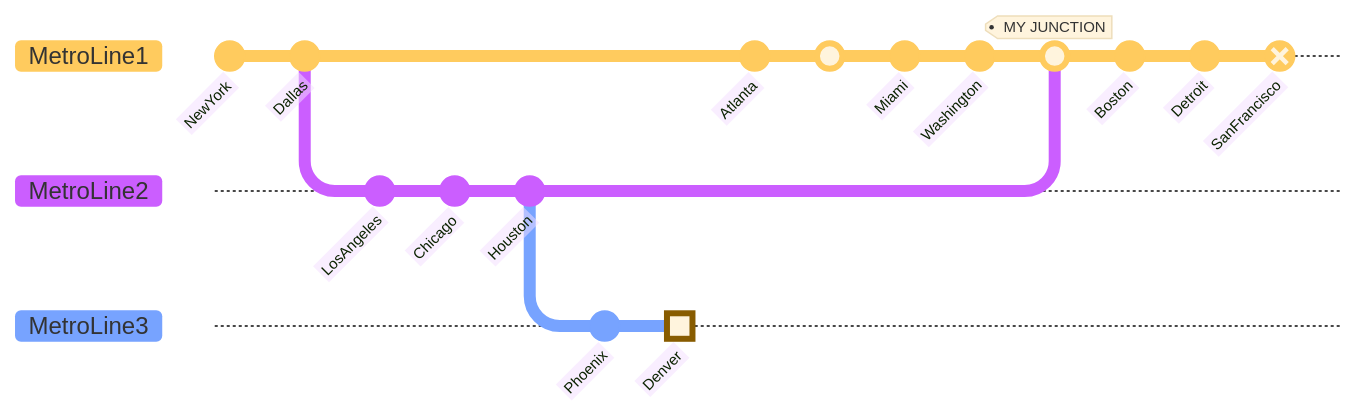
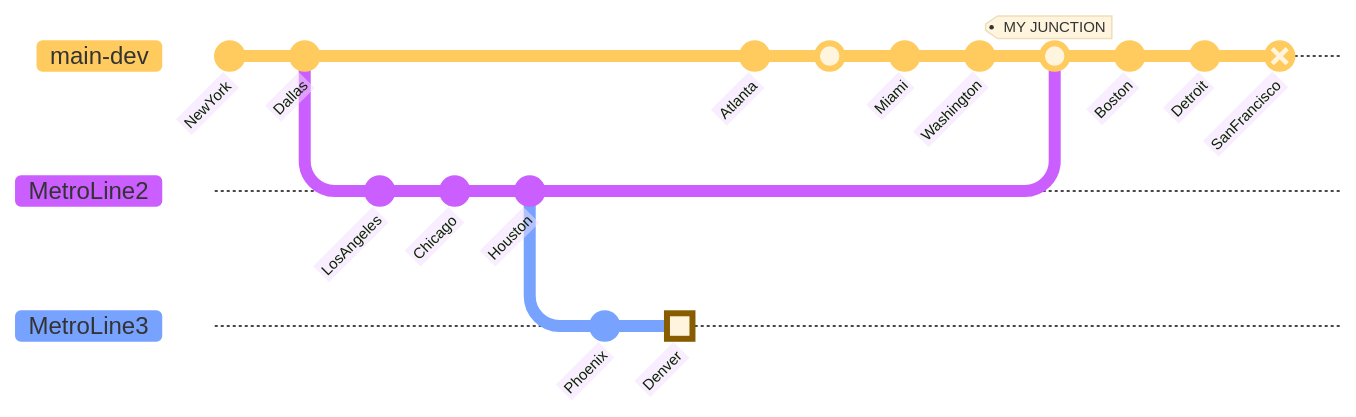
The second of 2 diagrams in mermaid04.md (petitess/markdown), drawn with Mermaid before and after one commit.

````diff
--- a/mermaid04.md
+++ b/mermaid04.md
@@ -12,23 +12,23 @@
 ```mermaid
-%%{init: { 'logLevel': 'debug', 'theme': 'base', 'gitGraph': {'showBranches': true, 'showCommitLabel':true,'mainBranchName': 'MetroLine1'}} }%%
+%%{init: { 'logLevel': 'debug', 'theme': 'base', 'gitGraph': {'showBranches': true, 'showCommitLabel':true,'mainBranchName': 'main-dev'}} }%%
       gitGraph
         commit id:"NewYork"
         commit id:"Dallas"
         branch MetroLine2
         commit id:"LosAngeles"
         commit id:"Chicago"
         commit id:"Houston"
         branch MetroLine3
         commit id:"Phoenix"
         commit type: HIGHLIGHT id:"Denver"
         commit id:"Boston"
-        checkout MetroLine1
+        checkout main-dev
         commit id:"Atlanta"
         merge MetroLine3
         commit id:"Miami"
         commit id:"Washington"
         merge MetroLine2 tag:"MY JUNCTION"
         commit id:"Boston"
         commit id:"Detroit"
         commit type:REVERSE id:"SanFrancisco"
 ```
````
